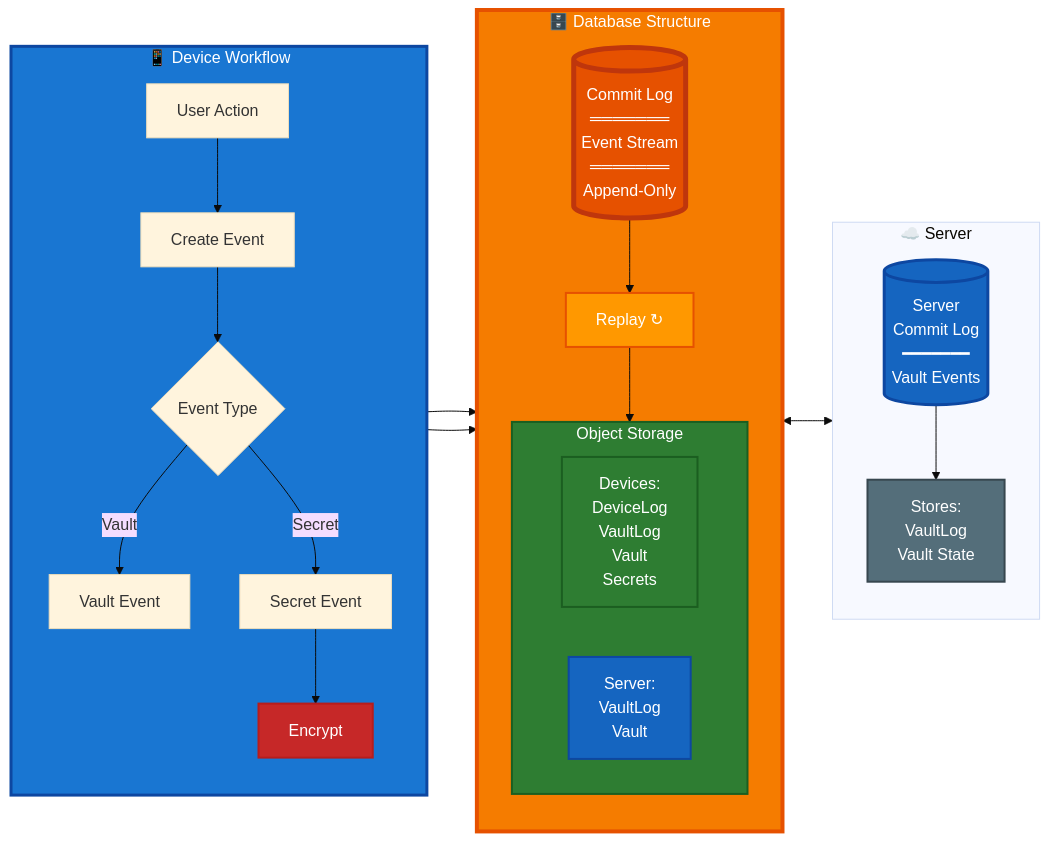
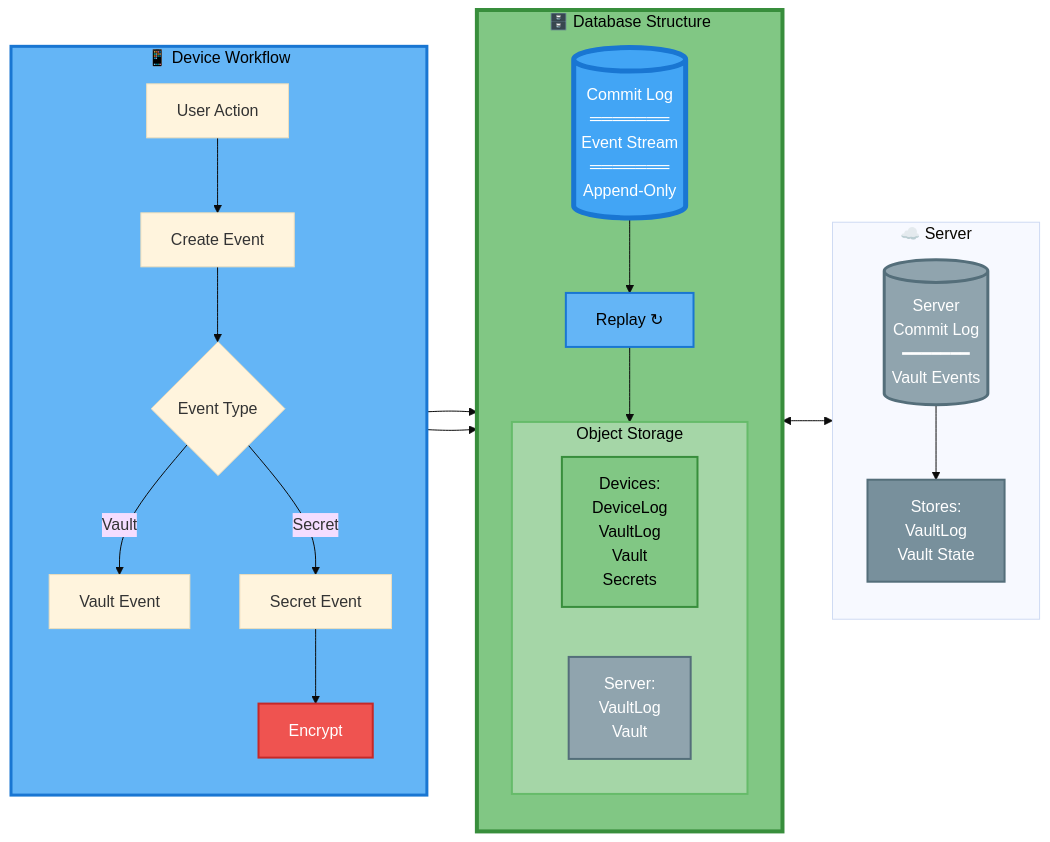
Before and after one commit to meta-secret/meta-secret-core: diagram 11 of 12 in docs/meta-secret-technical-presentation.md, drawn with Mermaid (base theme). The commit also changed other lines of this file, not shown here.

````diff
--- a/docs/meta-secret-technical-presentation.md
+++ b/docs/meta-secret-technical-presentation.md
@@ -597,50 +597,50 @@
 ```mermaid
 flowchart LR
     subgraph DEVICES["📱 Device Workflow"]
         direction TB
         USER[User Action] --> EVENT[Create Event]
         EVENT --> CHECK{Event Type}
         CHECK -->|Vault| VEVT[Vault Event]
         CHECK -->|Secret| SEVT[Secret Event]
         SEVT --> ENC[Encrypt]
     end
     
     subgraph DB["🗄️ Database Structure"]
         direction TB
         
         LOG[(Commit Log<br/>═══════<br/>Event Stream<br/>═══════<br/>Append-Only)]
         
         LOG --> BUILD[Replay ↻]
         
         subgraph OBJSTORE["Object Storage"]
             VDEV[Devices:<br/>DeviceLog<br/>VaultLog<br/>Vault<br/>Secrets]
             VSRV[Server:<br/>VaultLog<br/>Vault]
         end
         
         BUILD --> OBJSTORE
     end
     
     subgraph SERVER["☁️ Server"]
         direction TB
         SRVLOG[(Server<br/>Commit Log<br/>━━━━━━━<br/>Vault Events)]
         SRVSTORE[Stores:<br/>VaultLog<br/>Vault State]
         
         SRVLOG --> SRVSTORE
     end
     
     VEVT --> LOG
     ENC --> LOG
     
     LOG <--> SRVLOG
     
-    style LOG fill:#e65100,color:#fff,stroke:#bf360c,stroke-width:5px
-    style BUILD fill:#ff9800,color:#fff,stroke:#e65100,stroke-width:2px
-    style SRVLOG fill:#1565c0,color:#fff,stroke:#0d47a1,stroke-width:3px
-    style SRVSTORE fill:#546e7a,color:#fff,stroke:#37474f,stroke-width:2px
-    style VDEV fill:#2e7d32,color:#fff,stroke:#1b5e20,stroke-width:2px
-    style VSRV fill:#1565c0,color:#fff,stroke:#0d47a1,stroke-width:2px
-    style ENC fill:#c62828,color:#fff,stroke:#b71c1c,stroke-width:2px
-    style DEVICES fill:#1976d2,color:#fff,stroke:#0d47a1,stroke-width:3px
-    style DB fill:#f57c00,color:#fff,stroke:#e65100,stroke-width:4px
-    style OBJSTORE fill:#2e7d32,color:#fff,stroke:#1b5e20,stroke-width:2px
+    style LOG fill:#42a5f5,color:#fff,stroke:#1976d2,stroke-width:5px
+    style BUILD fill:#64b5f6,color:#000,stroke:#1976d2,stroke-width:2px
+    style SRVLOG fill:#90a4ae,color:#fff,stroke:#546e7a,stroke-width:3px
+    style SRVSTORE fill:#78909c,color:#fff,stroke:#546e7a,stroke-width:2px
+    style VDEV fill:#81c784,color:#000,stroke:#388e3c,stroke-width:2px
+    style VSRV fill:#90a4ae,color:#fff,stroke:#546e7a,stroke-width:2px
+    style ENC fill:#ef5350,color:#fff,stroke:#c62828,stroke-width:2px
+    style DEVICES fill:#64b5f6,color:#000,stroke:#1976d2,stroke-width:3px
+    style DB fill:#81c784,color:#000,stroke:#388e3c,stroke-width:4px
+    style OBJSTORE fill:#a5d6a7,color:#000,stroke:#66bb6a,stroke-width:2px
 ```
````
